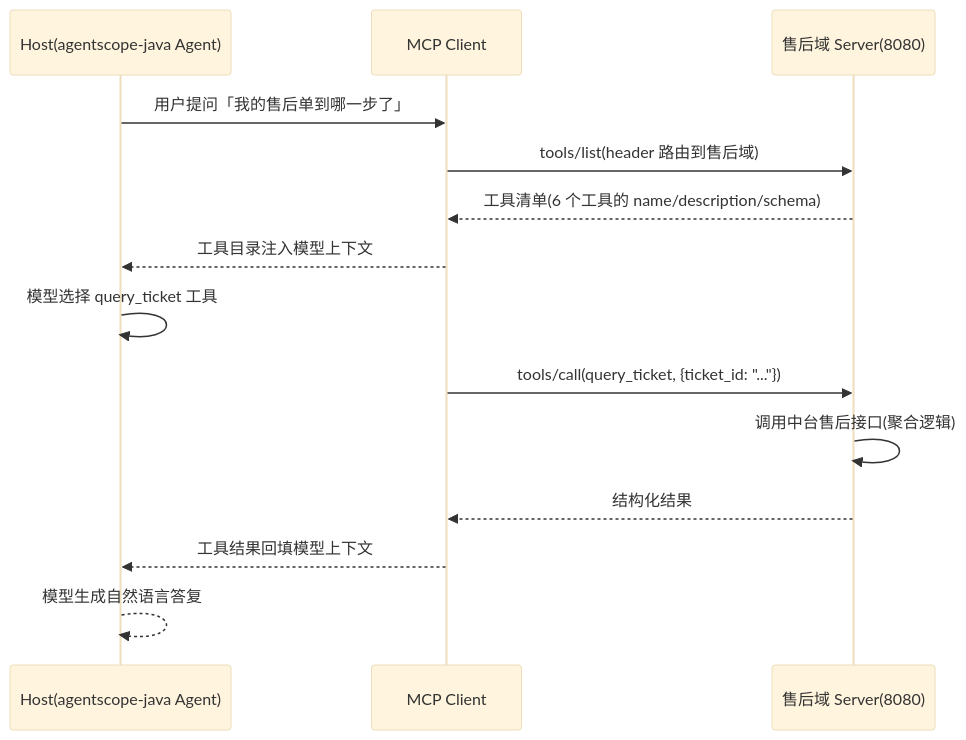
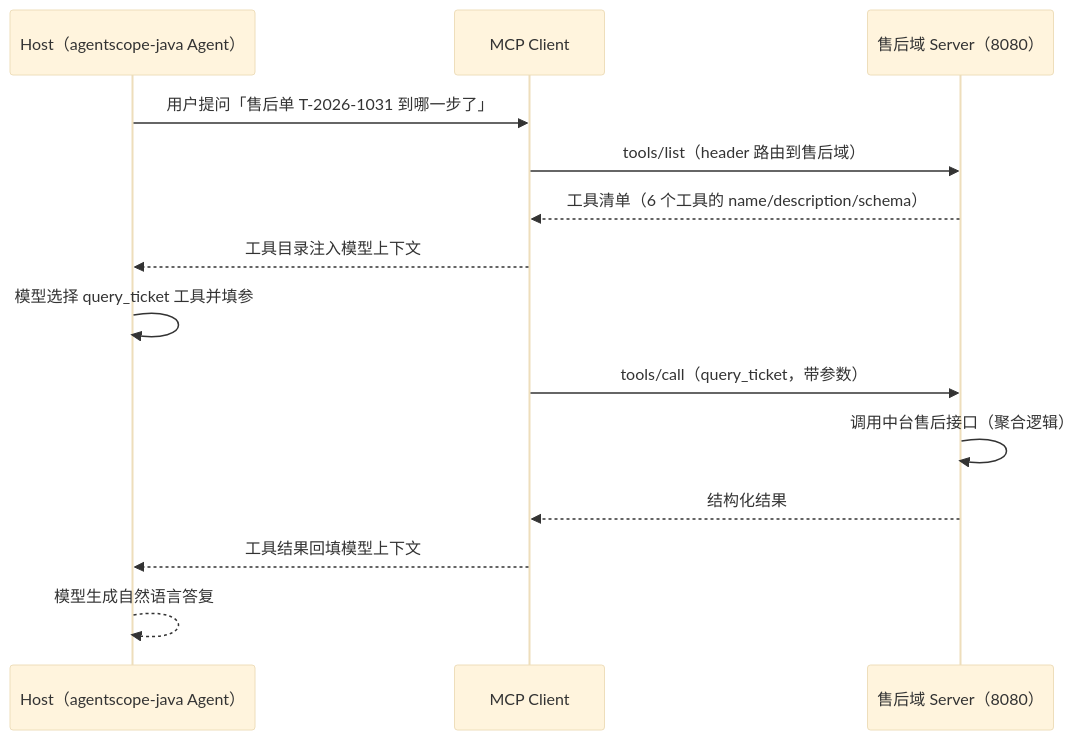
Before and after one commit to ybak/agentscope-2.0-tutorial: the second of 2 diagrams in books/mcp/chapters/04-quickstart.md, drawn with Mermaid (base theme). The commit also changed other lines of this file, not shown here.

Commit message:
docs(mcp): 第 4 章按编写规范扩为书稿——九段骨架、全角标点、导览图

````diff
--- a/books/mcp/chapters/04-quickstart.md
+++ b/books/mcp/chapters/04-quickstart.md
@@ -112,17 +174,17 @@
 ```mermaid
 sequenceDiagram
-    participant H as Host(agentscope-java Agent)
+    participant H as Host（agentscope-java Agent）
     participant C as MCP Client
-    participant S as 售后域 Server(8080)
+    participant S as 售后域 Server（8080）
 
-    H->>C: 用户提问「我的售后单到哪一步了」
-    C->>S: tools/list(header 路由到售后域)
-    S-->>C: 工具清单(6 个工具的 name/description/schema)
+    H->>C: 用户提问「售后单 T-2026-1031 到哪一步了」
+    C->>S: tools/list（header 路由到售后域）
+    S-->>C: 工具清单（6 个工具的 name/description/schema）
     C-->>H: 工具目录注入模型上下文
-    H->>H: 模型选择 query_ticket 工具
-    C->>S: tools/call(query_ticket, {ticket_id: "..."})
-    S->>S: 调用中台售后接口(聚合逻辑)
+    H->>H: 模型选择 query_ticket 工具并填参
+    C->>S: tools/call（query_ticket，带参数）
+    S->>S: 调用中台售后接口（聚合逻辑）
     S-->>C: 结构化结果
     C-->>H: 工具结果回填模型上下文
     H-->>H: 模型生成自然语言答复
 ```
````
